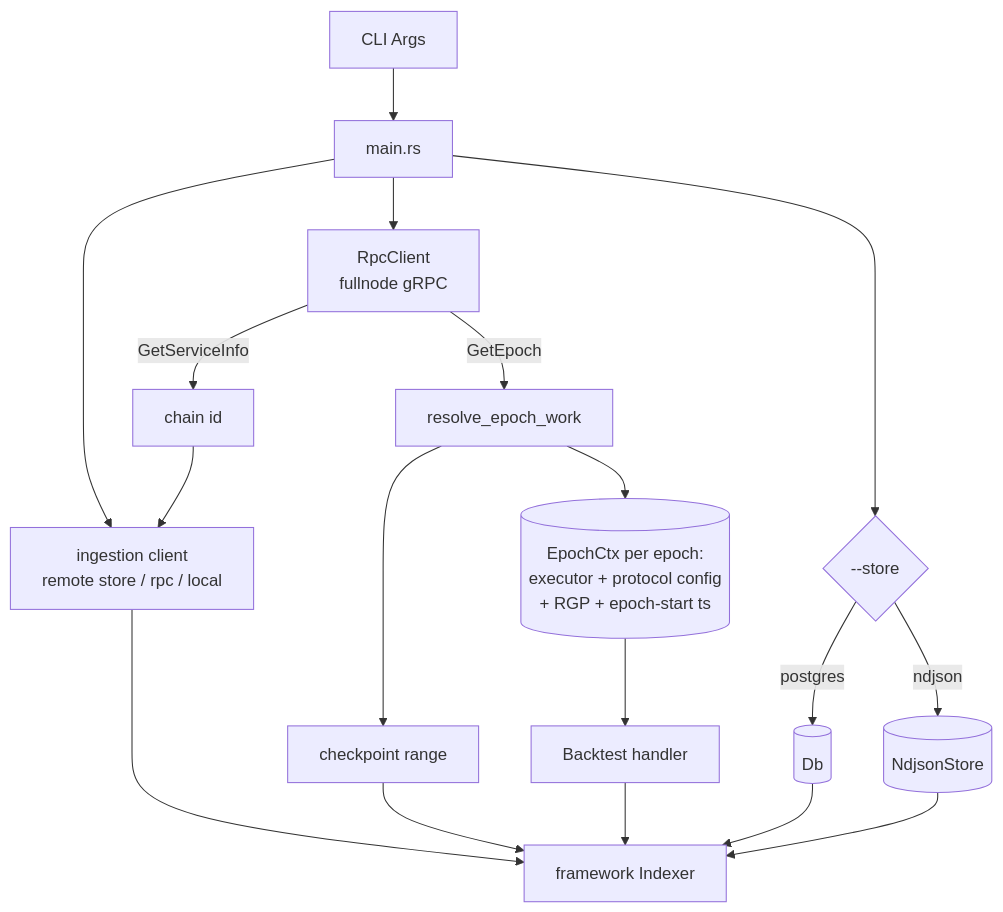
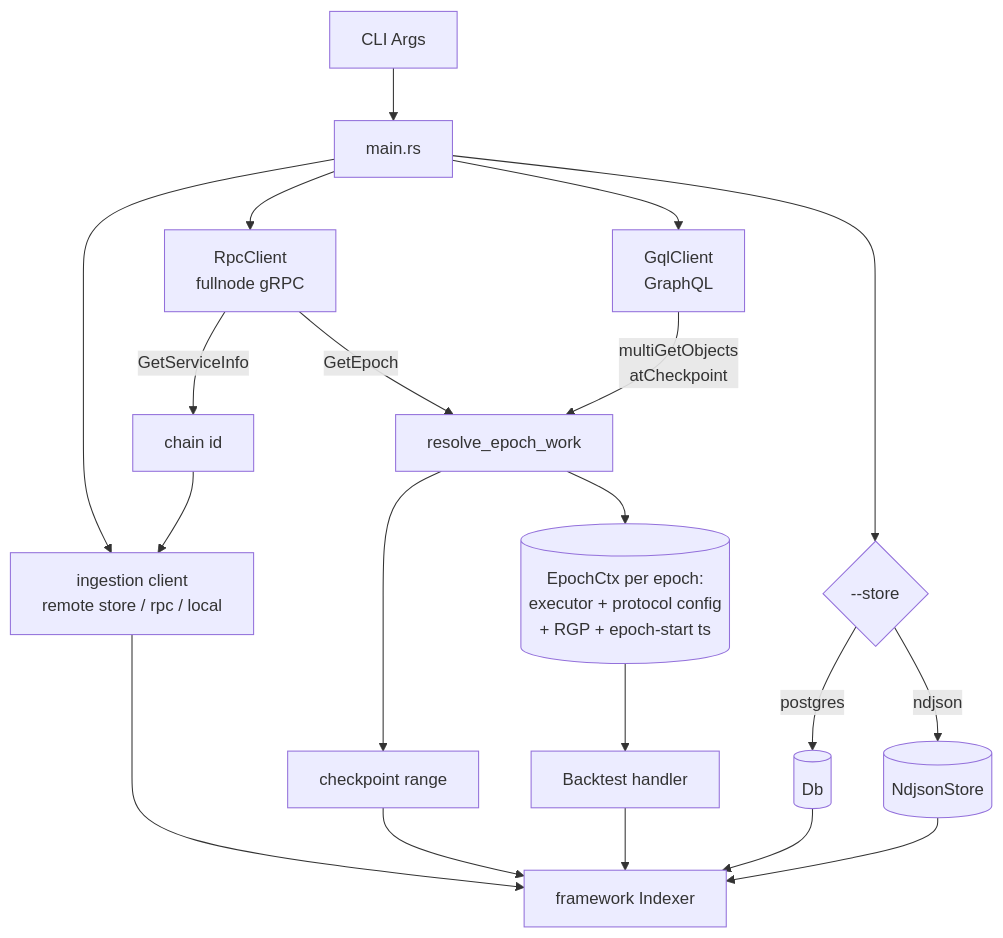
One commit to MystenLabs/sui changed the first of 2 diagrams in crates/sui-execution-backtest/README.md. Above: the diagram before and after it, drawn with Mermaid. The commit also changed other lines of this file and 6 other files, not shown here.

````diff
--- a/crates/sui-execution-backtest/README.md
+++ b/crates/sui-execution-backtest/README.md
@@ -190,23 +216,25 @@
 ```mermaid
 flowchart TD
     Args[CLI Args] --> Main[main.rs]
     Main --> Rpc[RpcClient<br/>fullnode gRPC]
+    Main --> Gql[GqlClient<br/>GraphQL]
     Rpc -->|GetServiceInfo| ChainId[chain id]
     Rpc -->|GetEpoch| Resolve[resolve_epoch_work]
+    Gql -->|multiGetObjects<br/>atCheckpoint| Resolve
     Resolve --> Ctx[(EpochCtx per epoch:<br/>executor + protocol config<br/>+ RGP + epoch-start ts)]
     Resolve --> Range[checkpoint range]
 
     Main --> Ingest[ingestion client<br/>remote store / rpc / local]
     ChainId --> Ingest
 
     Main --> Sink{--store}
     Sink -->|postgres| Db[(Db)]
     Sink -->|ndjson| Nd[(NdjsonStore)]
 
     Ingest --> Indexer[framework Indexer]
     Range --> Indexer
     Ctx --> Handler[Backtest handler]
     Handler --> Indexer
     Db --> Indexer
     Nd --> Indexer
 ```
````
